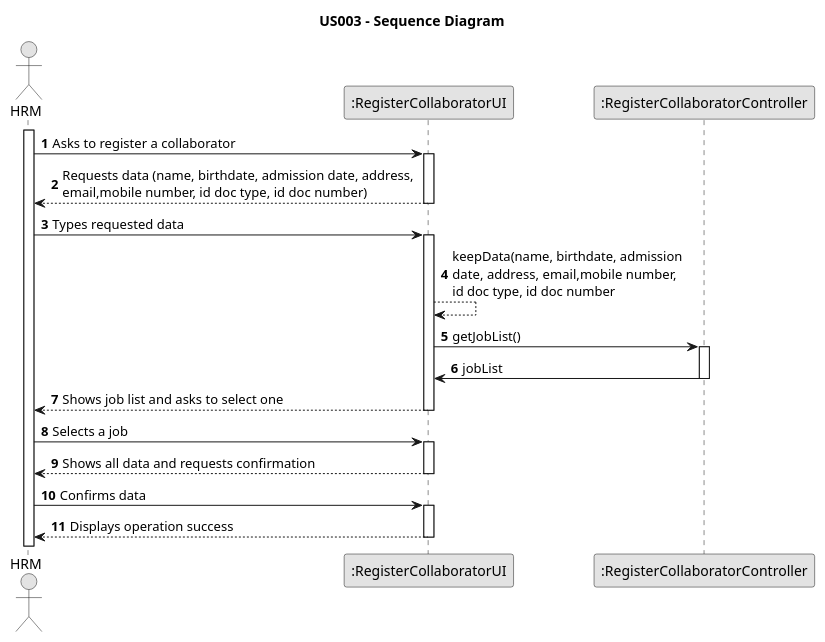
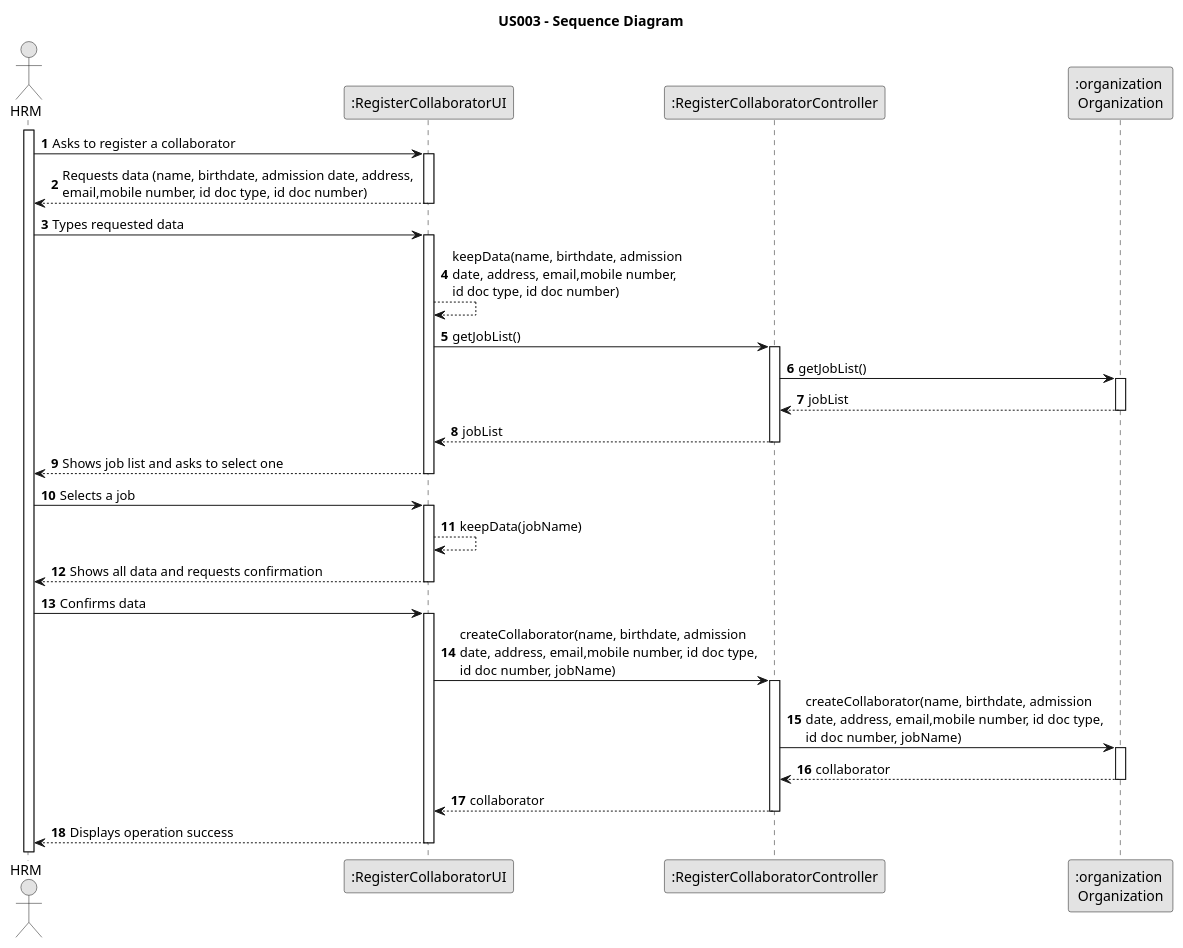
The diagram in docs/sprintB/us003/03.design/puml/us003-sequence-diagram.puml (Rui-San/LAPR2_2023_2024), drawn with PlantUML before and after one commit. The commit also changed 1 other file, not shown here.

Commit message:
US003 Design: Created new interactions on Sequence Diagram (SD)
US004: Added collaborator on parameter in SD

```diff
--- a/docs/sprintB/us003/03.design/puml/us003-sequence-diagram.puml
+++ b/docs/sprintB/us003/03.design/puml/us003-sequence-diagram.puml
@@ -1,50 +1,76 @@
 @startuml
 skinparam monochrome true
 skinparam packageStyle rectangle
 skinparam shadowing false
 
 title US003 - Sequence Diagram
 
 autonumber
 
 actor "HRM" as HRM
 participant ":RegisterCollaboratorUI" as UI
 participant ":RegisterCollaboratorController" as CTRL
+participant ":organization \nOrganization" as ORG
 
 activate HRM
 
     HRM -> UI : Asks to register a collaborator
 
     activate UI
 
         UI --> HRM : Requests data (name, birthdate, admission date, address, \nemail,mobile number, id doc type, id doc number)
     deactivate UI
 
     HRM -> UI : Types requested data
 
     activate UI
-        UI --> UI : keepData(name, birthdate, admission\ndate, address, email,mobile number,\nid doc type, id doc number
+        UI --> UI : keepData(name, birthdate, admission\ndate, address, email,mobile number,\nid doc type, id doc number)
 
         UI -> CTRL : getJobList()
 
+
         activate CTRL
-            CTRL -> UI : jobList
+
+            CTRL -> ORG : getJobList()
+
+            activate ORG
+
+            ORG --> CTRL : jobList
+            deactivate ORG
+
+            CTRL --> UI : jobList
         deactivate CTRL
+
         UI --> HRM : Shows job list and asks to select one
     deactivate UI
 
     HRM -> UI : Selects a job
 
     activate UI
 
+        UI --> UI : keepData(jobName)
         UI --> HRM : Shows all data and requests confirmation
     deactivate UI
 
     HRM -> UI : Confirms data
 
     activate UI
 
+        UI -> CTRL : createCollaborator(name, birthdate, admission\ndate, address, email,mobile number, id doc type,\nid doc number, jobName)
+        activate CTRL
+
+            CTRL -> ORG : createCollaborator(name, birthdate, admission\ndate, address, email,mobile number, id doc type,\nid doc number, jobName)
+            activate ORG
+
+                ORG --> CTRL : collaborator
+            deactivate ORG
+
+            CTRL --> UI : collaborator
+        deactivate CTRL
+
         UI --> HRM : Displays operation success
     deactivate UI
 
+
+
 @enduml
```
